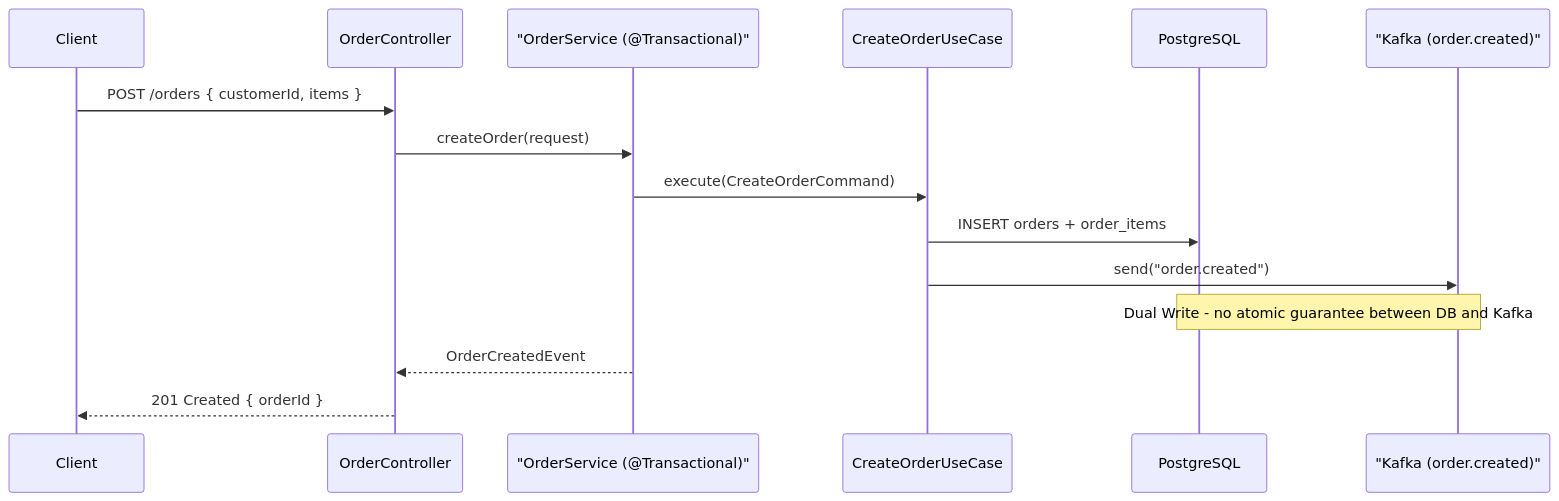
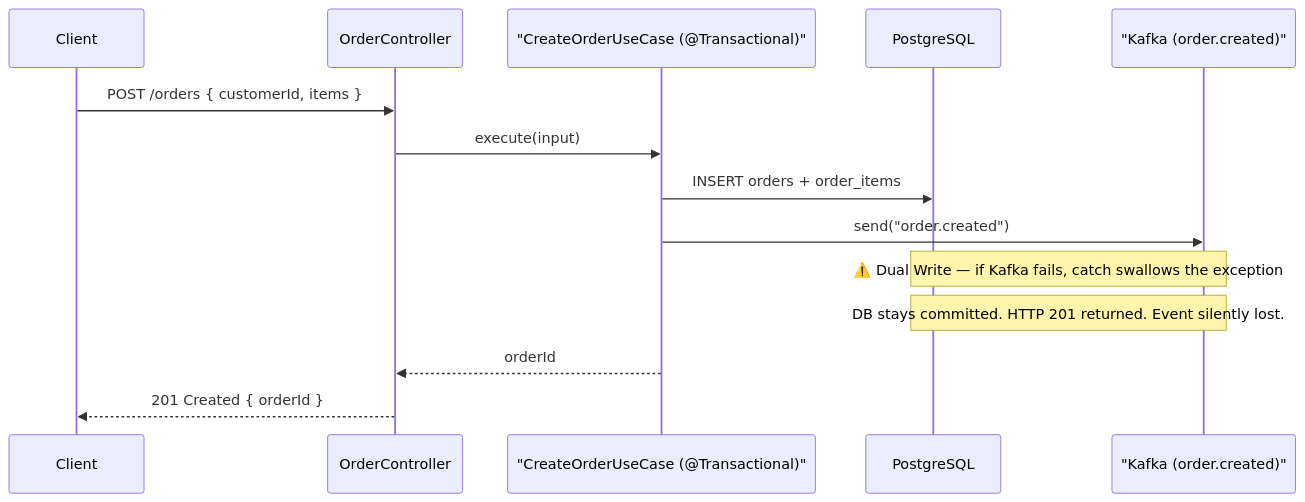
The first of 4 diagrams in README.md (andrelucasti/mars-enterprise-kit-lite), drawn with Mermaid before and after one commit. The commit also changed other lines of this file and 11 other files, not shown here.

````diff
--- a/README.md
+++ b/README.md
@@ -304,18 +275,17 @@
 ```mermaid
 sequenceDiagram
     participant Client as Client
     participant API as OrderController
-    participant SVC as "OrderService (@Transactional)"
-    participant UC as CreateOrderUseCase
+    participant UC as "CreateOrderUseCase (@Transactional)"
     participant DB as PostgreSQL
     participant K as "Kafka (order.created)"
 
     Client->>API: POST /orders { customerId, items }
-    API->>SVC: createOrder(request)
-    SVC->>UC: execute(CreateOrderCommand)
+    API->>UC: execute(input)
     UC->>DB: INSERT orders + order_items
     UC->>K: send("order.created")
-    Note over DB,K: Dual Write - no atomic guarantee between DB and Kafka
-    SVC-->>API: OrderCreatedEvent
+    Note over DB,K: ⚠️ Dual Write — if Kafka fails, catch swallows the exception
+    Note over DB,K: DB stays committed. HTTP 201 returned. Event silently lost.
+    UC-->>API: orderId
     API-->>Client: 201 Created { orderId }
 ```
````
